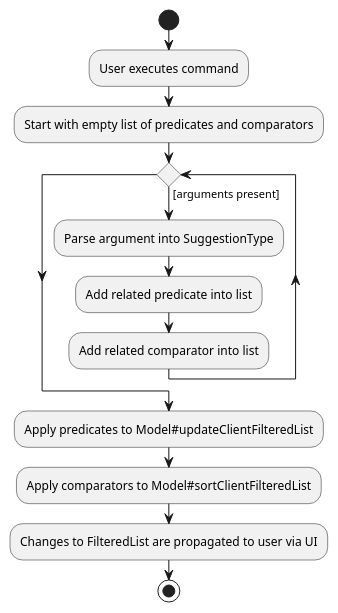
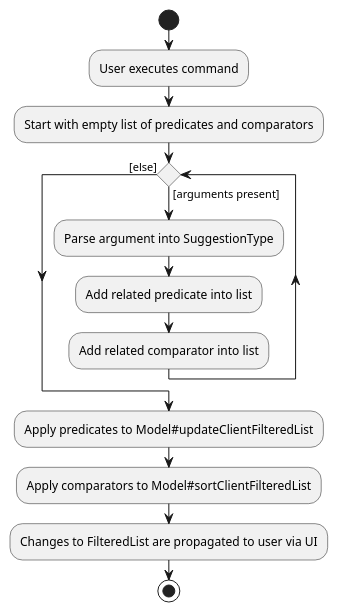
One commit to tankangliang/tp changed the diagram in docs/diagrams/SuggestActivityDiagram.puml. Above: the diagram before and after it, drawn with PlantUML.

Commit message:
Add else to diagram

```diff
--- a/docs/diagrams/SuggestActivityDiagram.puml
+++ b/docs/diagrams/SuggestActivityDiagram.puml
@@ -1,19 +1,19 @@
 @startuml
 start
 :User executes command;
 
 :Start with empty list of predicates and comparators;
 'Since the beta syntax does not support placing the condition outside the
 'diamond we place it as the true branch instead.
 
 while () is ([arguments present])
     :Parse argument into SuggestionType;
     :Add related predicate into list;
     :Add related comparator into list;
-endwhile
+endwhile ([else])
 
 :Apply predicates to Model#updateClientFilteredList;
 :Apply comparators to Model#sortClientFilteredList;
 :Changes to FilteredList are propagated to user via UI;
 stop
 @enduml
```
